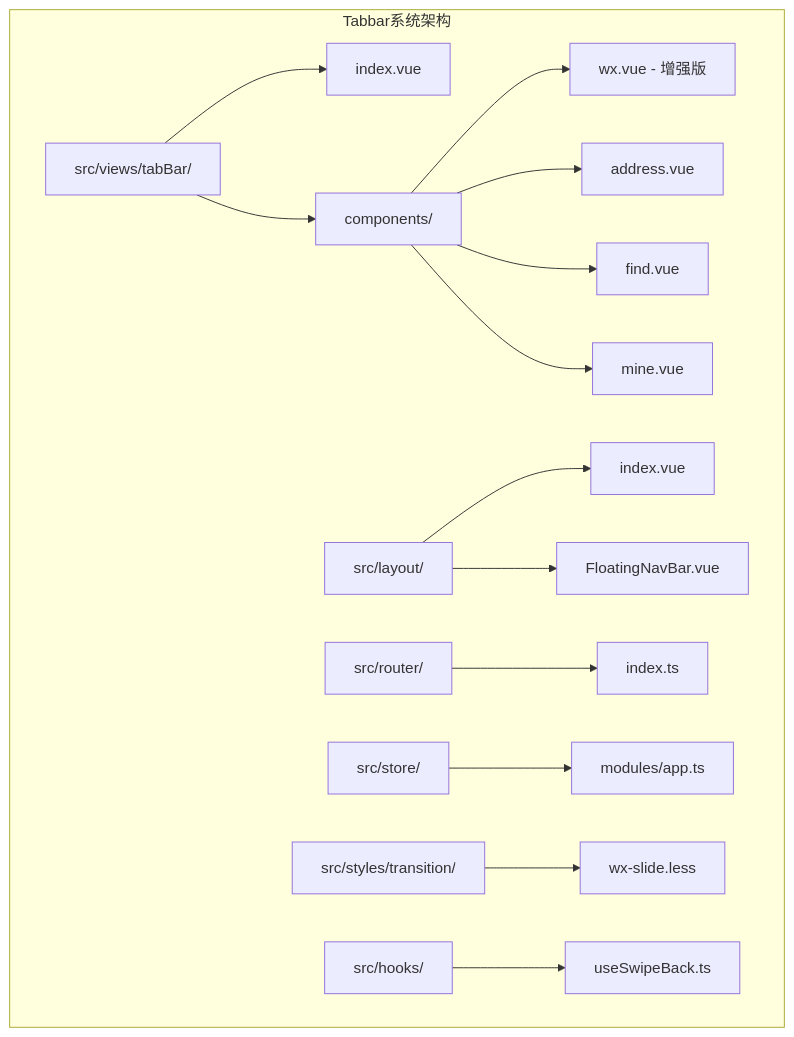
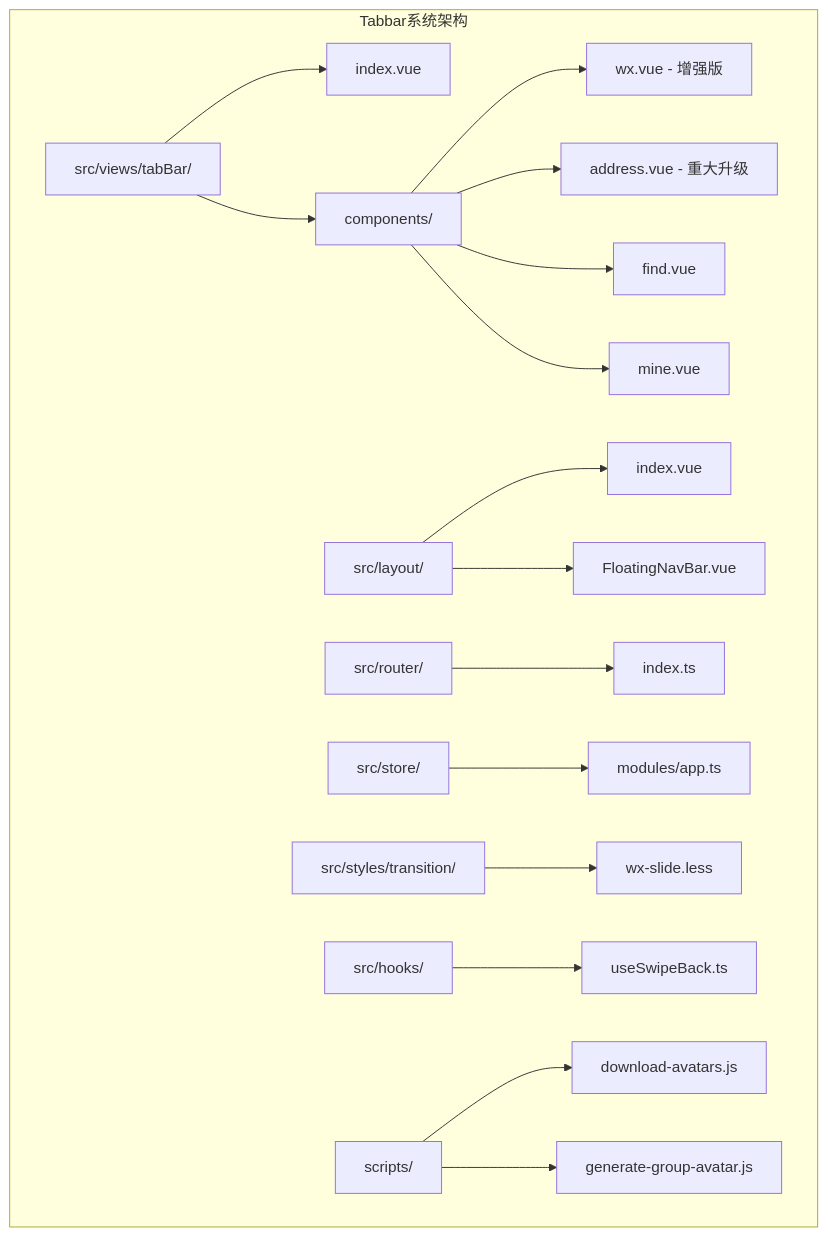
The first of 10 diagrams in .qoder/repowiki/zh/content/Tabbar System.md (giserman001/vue3-vant4-mobile), drawn with Mermaid before and after one commit. The commit also changed other lines of this file and 3 other files, not shown here.

````diff
--- a/.qoder/repowiki/zh/content/Tabbar System.md
+++ b/.qoder/repowiki/zh/content/Tabbar System.md
@@ -46,17 +49,19 @@
 ```mermaid
 graph TB
 subgraph "Tabbar系统架构"
 A[src/views/tabBar/] --> B[index.vue]
 A --> C[components/]
 C --> D[wx.vue - 增强版]
-C --> E[address.vue]
+C --> E[address.vue - 重大升级]
 C --> F[find.vue]
 C --> G[mine.vue]
 H[src/layout/] --> I[index.vue]
 H --> J[FloatingNavBar.vue]
 K[src/router/] --> L[index.ts]
 M[src/store/] --> N[modules/app.ts]
 O[src/styles/transition/] --> P[wx-slide.less]
 Q[src/hooks/] --> R[useSwipeBack.ts]
+S[scripts/] --> T[download-avatars.js]
+S --> U[generate-group-avatar.js]
 end
 ```
````
